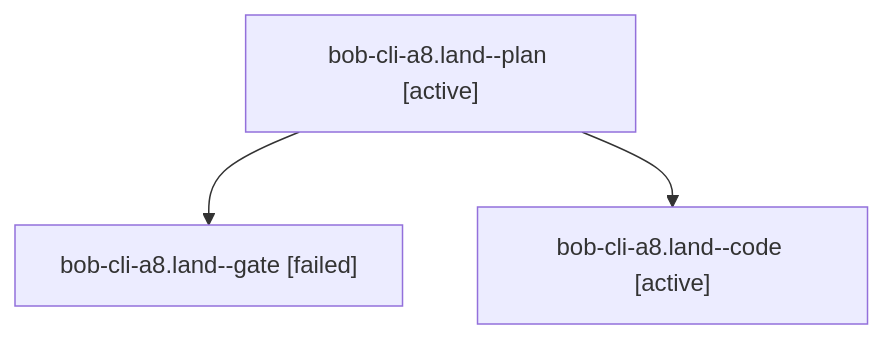
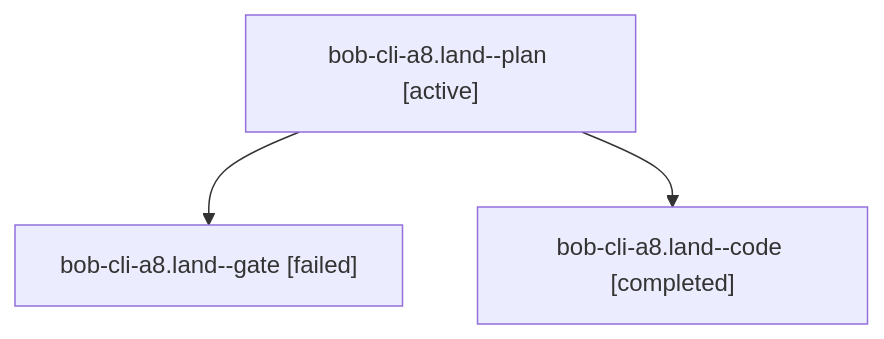
Before and after one commit to bobs-org/bob-cli--agents: the diagram in sessions/bbugyi200.athena.bob-cli-a8.land.md, drawn with Mermaid. The commit also changed other lines of this file and 51 other files, not shown here.

````diff
--- a/sessions/bbugyi200.athena.bob-cli-a8.land.md
+++ b/sessions/bbugyi200.athena.bob-cli-a8.land.md
@@ -9,8 +9,8 @@
 ```mermaid
 flowchart TD
   n0["bob-cli-a8.land--plan [active]"]
   n1["bob-cli-a8.land--gate [failed]"]
   n0 --> n1
-  n2["bob-cli-a8.land--code [active]"]
+  n2["bob-cli-a8.land--code [completed]"]
   n0 --> n2
 ```
````
